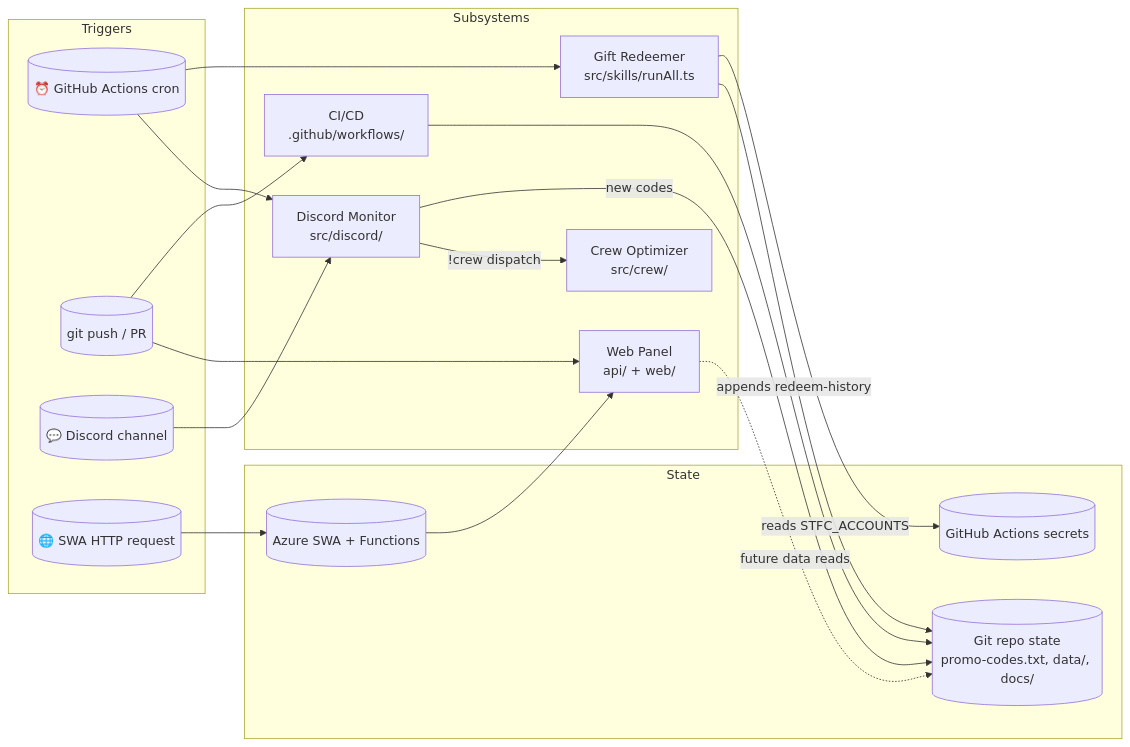
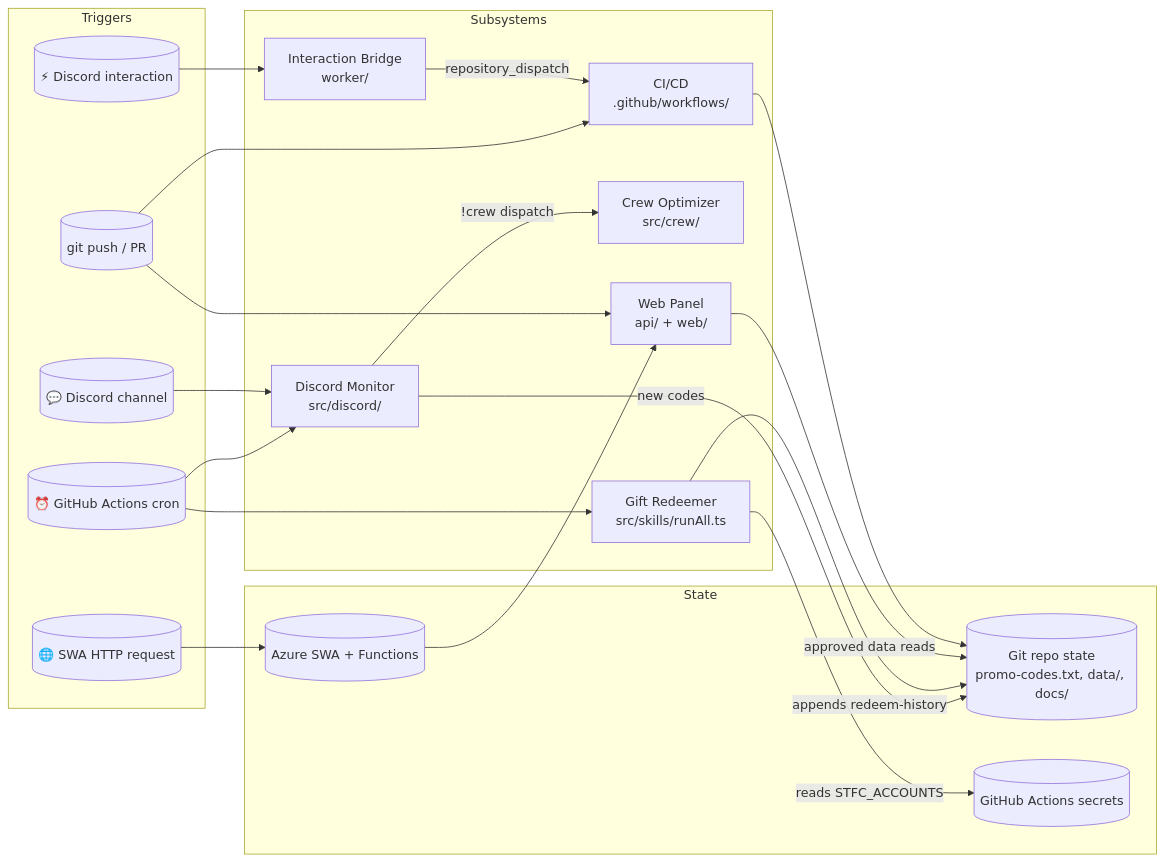
One commit to Jamula/stfc changed the first of 4 diagrams in docs/ARCHITECTURE.md. Above: the diagram before and after it, drawn with Mermaid. The commit also changed other lines of this file and 22 other files, not shown here.

````diff
--- a/docs/ARCHITECTURE.md
+++ b/docs/ARCHITECTURE.md
@@ -12,37 +12,41 @@
 ```mermaid
 flowchart LR
   subgraph Triggers
     Cron[("⏰ GitHub Actions cron")]
     Push[("git push / PR")]
     Discord[("💬 Discord channel")]
+    Interaction[("⚡ Discord interaction")]
     HTTP[("🌐 SWA HTTP request")]
   end
 
   subgraph Subsystems
     Redeemer["Gift Redeemer<br/>src/skills/runAll.ts"]
     Monitor["Discord Monitor<br/>src/discord/"]
     Crew["Crew Optimizer<br/>src/crew/"]
+    Worker["Interaction Bridge<br/>worker/"]
     SWA["Web Panel<br/>api/ + web/"]
     CI["CI/CD<br/>.github/workflows/"]
   end
 
   subgraph State
     Repo[("Git repo state<br/>promo-codes.txt, data/, docs/")]
     Secrets[("GitHub Actions secrets")]
     Azure[("Azure SWA + Functions")]
   end
 
   Cron --> Redeemer
   Cron --> Monitor
   Push --> CI
   Discord --> Monitor
+  Interaction --> Worker
+  Worker -->|repository_dispatch| CI
   Monitor -->|new codes| Repo
   Monitor -->|!crew dispatch| Crew
   Redeemer -->|reads STFC_ACCOUNTS| Secrets
   Redeemer -->|appends redeem-history| Repo
   Push --> SWA
   HTTP --> Azure
   Azure --> SWA
-  SWA -.->|future data reads| Repo
+  SWA -->|approved data reads| Repo
   CI --> Repo
 ```
````
